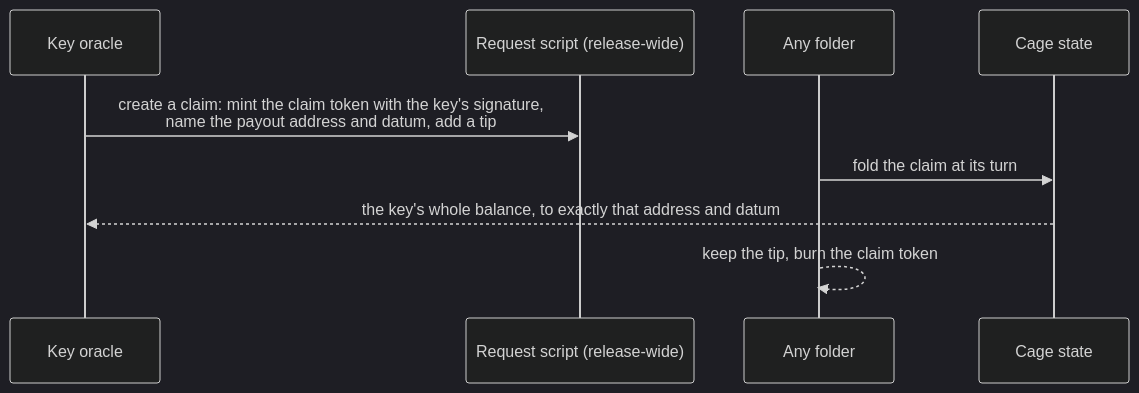
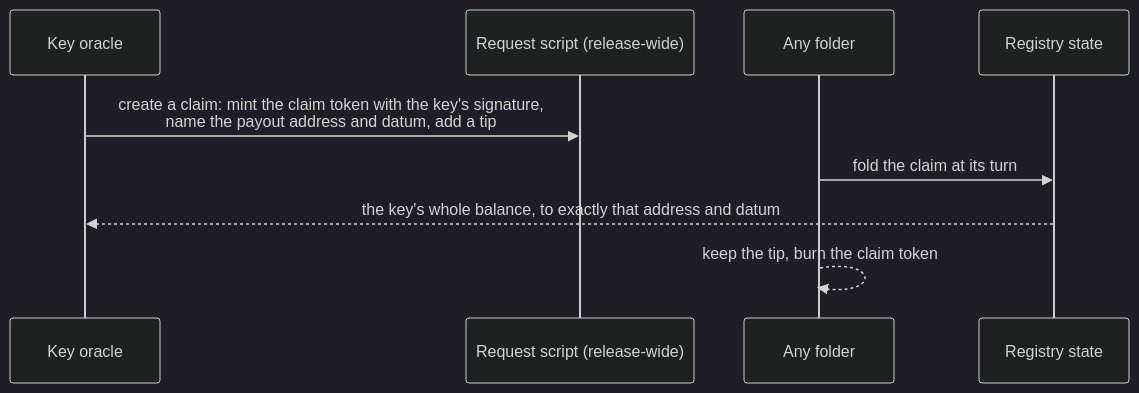
One commit to cardano-foundation/cardano-mpfs-onchain changed the seventh of 7 diagrams in docs/design/registries/lifecycle.md. Above: the diagram before and after it, drawn with Mermaid (dark theme). The commit also changed other lines of this file and 8 other files, not shown here.

Commit message:
docs: call the on-chain output the registry state, not the cage

````diff
--- a/docs/design/registries/lifecycle.md
+++ b/docs/design/registries/lifecycle.md
@@ -146,11 +146,11 @@
 ```mermaid
 sequenceDiagram
   participant K as Key oracle
   participant P as Request script (release-wide)
   participant F as Any folder
-  participant C as Cage state
+  participant C as Registry state
   K->>P: create a claim: mint the claim token with the key's signature,<br/>name the payout address and datum, add a tip
   F->>C: fold the claim at its turn
   C-->>K: the key's whole balance, to exactly that address and datum
   F-->>F: keep the tip, burn the claim token
 ```
````
